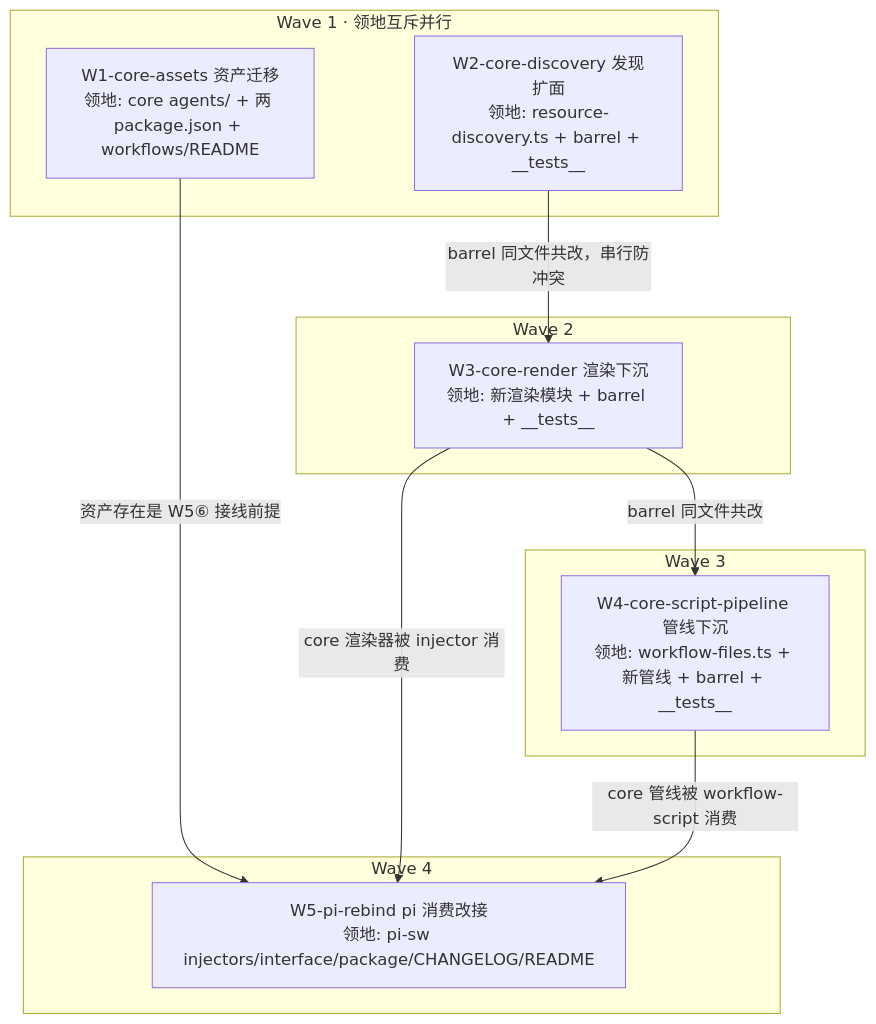
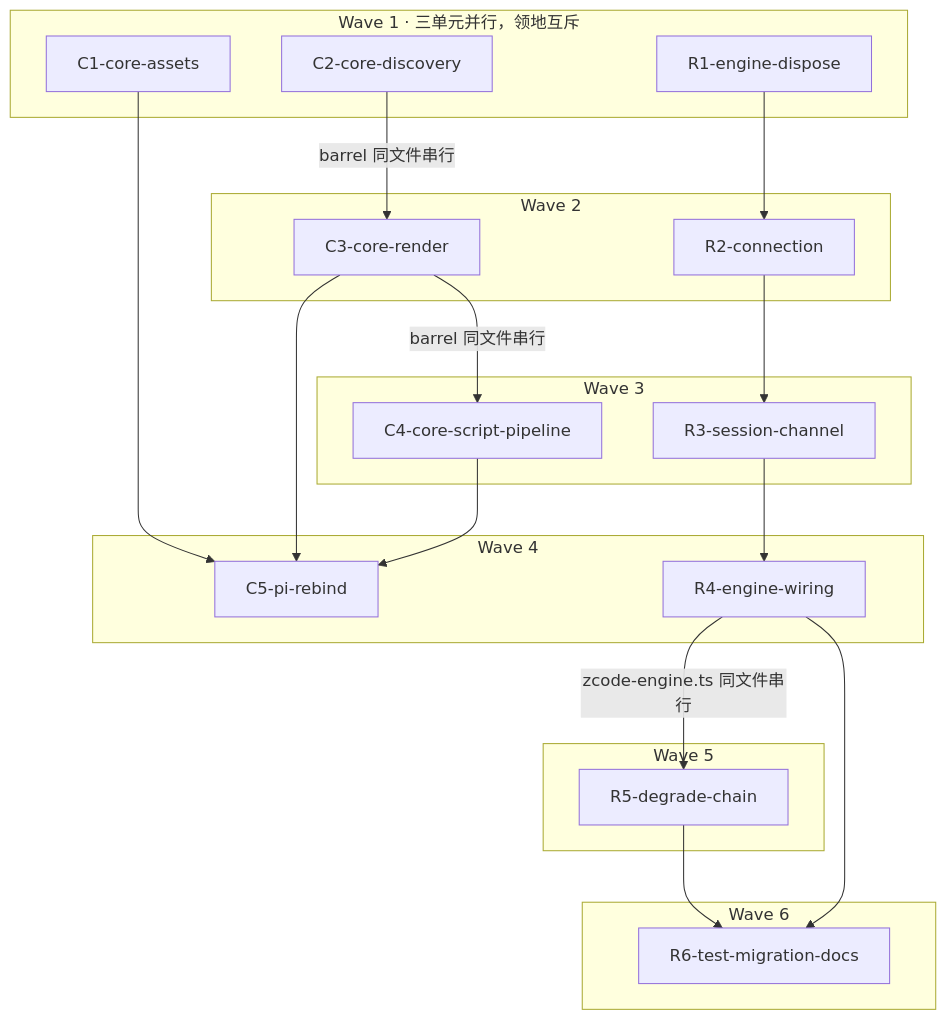
One commit to zhushanwen321/xyz-agent changed the diagram in docs/design/subagent-core-convergence.impl-plan.md. Above: the diagram before and after it, drawn with Mermaid. The commit also changed other lines of this file, not shown here.

Commit message:
docs(impl-plan): dual-track expansion — convergence C1-C5 + appserver-resident R1-R6, merged core 0.4.0

````diff
--- a/docs/design/subagent-core-convergence.impl-plan.md
+++ b/docs/design/subagent-core-convergence.impl-plan.md
@@ -45,21 +59,33 @@
 ```mermaid
 graph TD
-  subgraph Wave1[Wave 1 · 领地互斥并行]
-    W1["W1-core-assets 资产迁移<br/>领地: core agents/ + 两 package.json + workflows/README"]
-    W2["W2-core-discovery 发现扩面<br/>领地: resource-discovery.ts + barrel + __tests__"]
+  subgraph Wv1[Wave 1 · 三单元并行，领地互斥]
+    C1["C1-core-assets"]
+    C2["C2-core-discovery"]
+    R1["R1-engine-dispose"]
   end
-  subgraph Wave2[Wave 2]
-    W3["W3-core-render 渲染下沉<br/>领地: 新渲染模块 + barrel + __tests__"]
+  subgraph Wv2[Wave 2]
+    C3["C3-core-render"]
+    R2["R2-connection"]
   end
-  subgraph Wave3[Wave 3]
-    W4["W4-core-script-pipeline 管线下沉<br/>领地: workflow-files.ts + 新管线 + barrel + __tests__"]
+  subgraph Wv3[Wave 3]
+    C4["C4-core-script-pipeline"]
+    R3["R3-session-channel"]
   end
-  subgraph Wave4[Wave 4]
-    W5["W5-pi-rebind pi 消费改接<br/>领地: pi-sw injectors/interface/package/CHANGELOG/README"]
+  subgraph Wv4[Wave 4]
+    C5["C5-pi-rebind"]
+    R4["R4-engine-wiring"]
   end
-  W1 -->|"资产存在是 W5⑥ 接线前提"| W5
-  W2 -->|"barrel 同文件共改，串行防冲突"| W3
-  W3 -->|"barrel 同文件共改"| W4
-  W3 -->|"core 渲染器被 injector 消费"| W5
-  W4 -->|"core 管线被 workflow-script 消费"| W5
+  subgraph Wv5[Wave 5]
+    R5["R5-degrade-chain"]
+  end
+  subgraph Wv6[Wave 6]
+    R6["R6-test-migration-docs"]
+  end
+  C1 --> C5
+  C2 -->|"barrel 同文件串行"| C3
+  C3 -->|"barrel 同文件串行"| C4
+  C3 --> C5
+  C4 --> C5
+  R1 --> R2 --> R3 --> R4 -->|"zcode-engine.ts 同文件串行"| R5 --> R6
+  R4 --> R6
 ```
````
